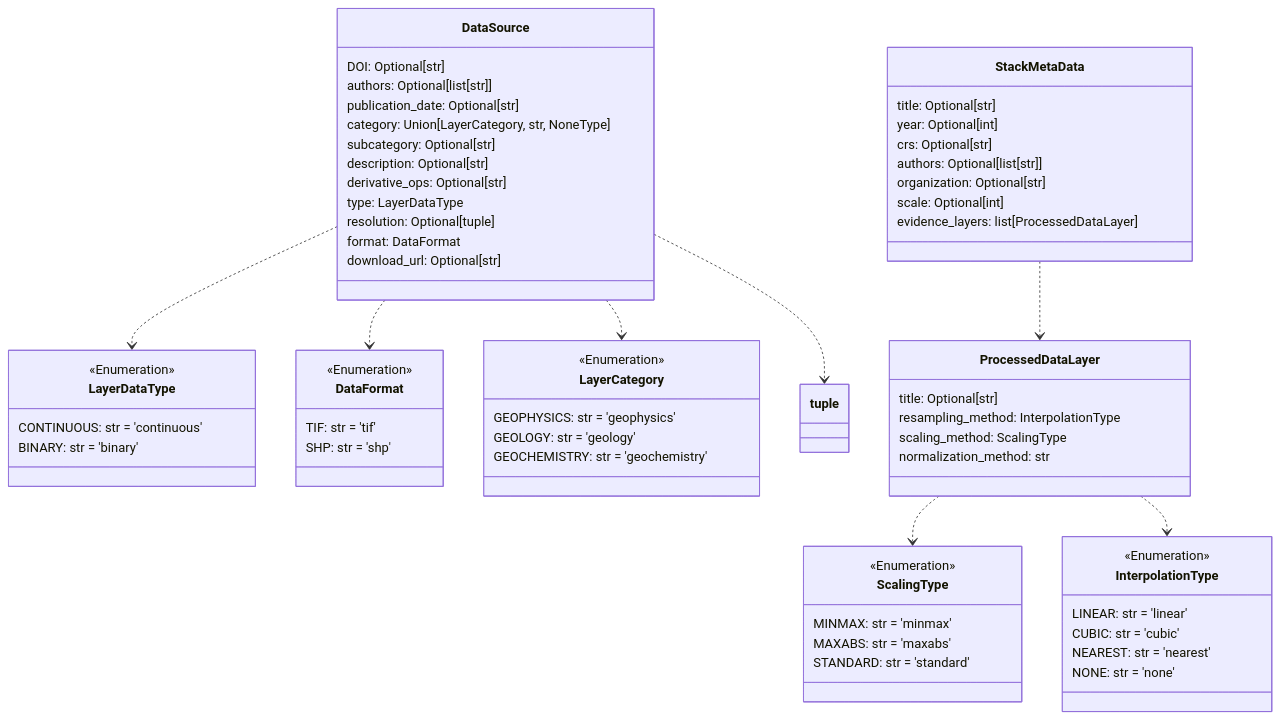
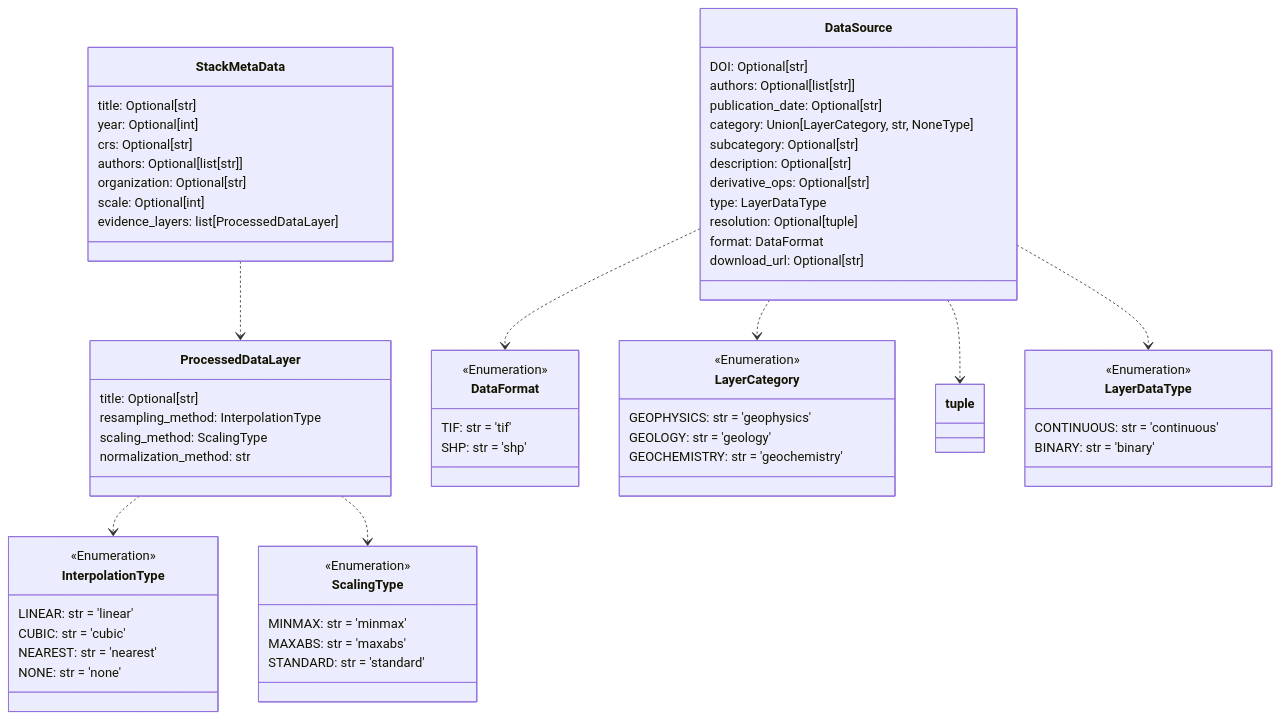
Before and after one commit to DARPA-CRITICALMAAS/cdr_schemas: diagram 13 of 14 in README.md, drawn with Mermaid. The commit also changed other lines of this file and 1 other file, not shown here.

````diff
--- a/README.md
+++ b/README.md
@@ -972,78 +972,78 @@
 ```mermaid
 classDiagram
+
+    class DataFormat {
+        <<Enumeration>>
+        TIF: str = 'tif'
+        SHP: str = 'shp'
+    }
 
     class ScalingType {
         <<Enumeration>>
         MINMAX: str = 'minmax'
         MAXABS: str = 'maxabs'
         STANDARD: str = 'standard'
+    }
+
+    class LayerCategory {
+        <<Enumeration>>
+        GEOPHYSICS: str = 'geophysics'
+        GEOLOGY: str = 'geology'
+        GEOCHEMISTRY: str = 'geochemistry'
+    }
+
+    class InterpolationType {
+        <<Enumeration>>
+        LINEAR: str = 'linear'
+        CUBIC: str = 'cubic'
+        NEAREST: str = 'nearest'
+        NONE: str = 'none'
+    }
+
+    class ProcessedDataLayer {
+        title: Optional[str]
+        resampling_method: InterpolationType
+        scaling_method: ScalingType
+        normalization_method: str
+    }
+
+    class StackMetaData {
+        title: Optional[str]
+        year: Optional[int]
+        crs: Optional[str]
+        authors: Optional[list[str]]
+        organization: Optional[str]
+        scale: Optional[int]
+        evidence_layers: list[ProcessedDataLayer]
+    }
+
+    class LayerDataType {
+        <<Enumeration>>
+        CONTINUOUS: str = 'continuous'
+        BINARY: str = 'binary'
     }
 
     class DataSource {
         DOI: Optional[str]
         authors: Optional[list[str]]
         publication_date: Optional[str]
         category: Union[LayerCategory, str, NoneType]
         subcategory: Optional[str]
         description: Optional[str]
         derivative_ops: Optional[str]
         type: LayerDataType
         resolution: Optional[tuple]
         format: DataFormat
         download_url: Optional[str]
     }
 
-    class InterpolationType {
-        <<Enumeration>>
-        LINEAR: str = 'linear'
-        CUBIC: str = 'cubic'
-        NEAREST: str = 'nearest'
-        NONE: str = 'none'
-    }
-
-    class DataFormat {
-        <<Enumeration>>
-        TIF: str = 'tif'
-        SHP: str = 'shp'
-    }
-
-    class LayerDataType {
-        <<Enumeration>>
-        CONTINUOUS: str = 'continuous'
-        BINARY: str = 'binary'
-    }
-
-    class StackMetaData {
-        title: Optional[str]
-        year: Optional[int]
-        crs: Optional[str]
-        authors: Optional[list[str]]
-        organization: Optional[str]
-        scale: Optional[int]
-        evidence_layers: list[ProcessedDataLayer]
-    }
-
-    class ProcessedDataLayer {
-        title: Optional[str]
-        resampling_method: InterpolationType
-        scaling_method: ScalingType
-        normalization_method: str
-    }
-
-    class LayerCategory {
-        <<Enumeration>>
-        GEOPHYSICS: str = 'geophysics'
-        GEOLOGY: str = 'geology'
-        GEOCHEMISTRY: str = 'geochemistry'
-    }
-
-    DataSource ..> LayerDataType
     DataSource ..> DataFormat
     DataSource ..> LayerCategory
     DataSource ..> tuple
+    DataSource ..> LayerDataType
+    ProcessedDataLayer ..> InterpolationType
     ProcessedDataLayer ..> ScalingType
-    ProcessedDataLayer ..> InterpolationType
     StackMetaData ..> ProcessedDataLayer
 
 
 ```
````
